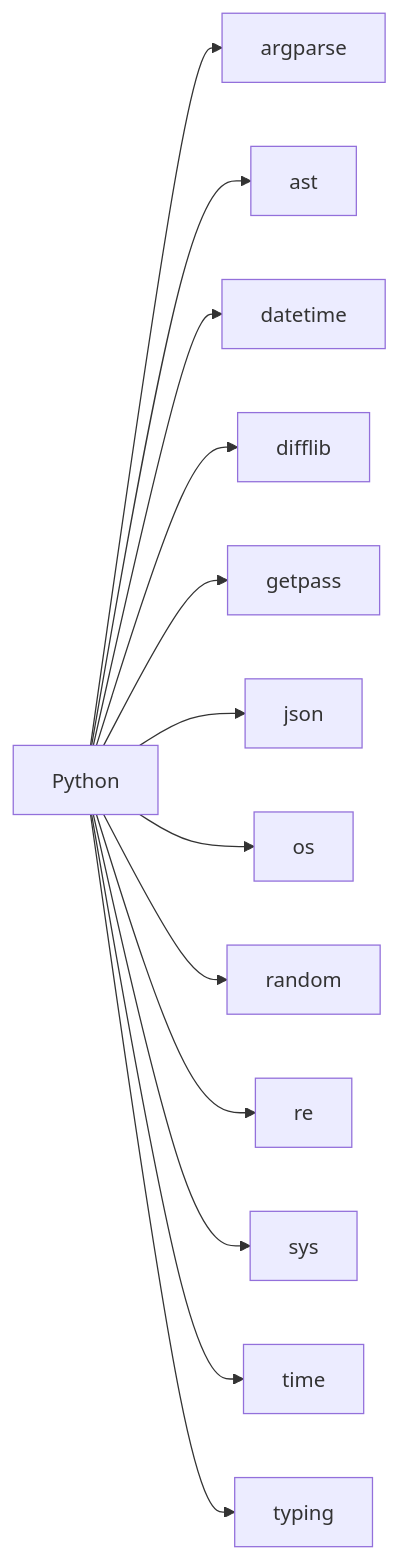
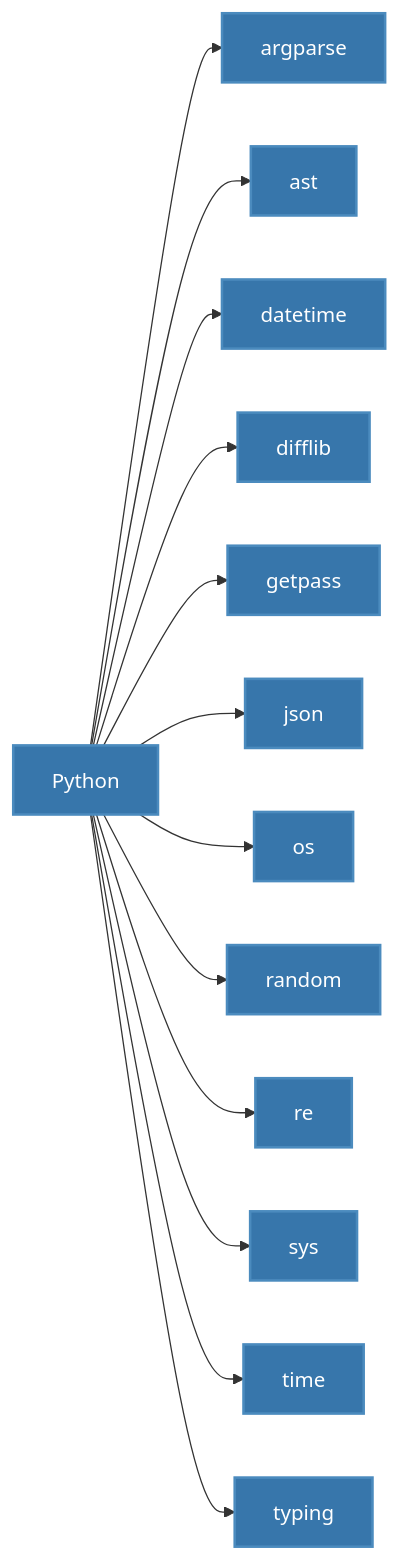
Before and after one commit to lystwork/ndaversis: the second of 9 diagrams in readme.md, drawn with Mermaid. The commit also changed other lines of this file and 4 other files, not shown here.

````diff
--- a/readme.md
+++ b/readme.md
@@ -132,4 +183,20 @@
 ```mermaid
 graph LR
     Python --> argparse & ast & datetime & difflib & getpass & json & os & random & re & sys & time & typing
+
+%% Dark mode styling
+classDef pythonNode fill:#3776ab,stroke:#4b8bbe,stroke-width:2px,color:#fff
+class Python pythonNode
+class argparse pythonNode
+class ast pythonNode
+class datetime pythonNode
+class difflib pythonNode
+class getpass pythonNode
+class json pythonNode
+class os pythonNode
+class random pythonNode
+class re pythonNode
+class sys pythonNode
+class time pythonNode
+class typing pythonNode
 ```
````
